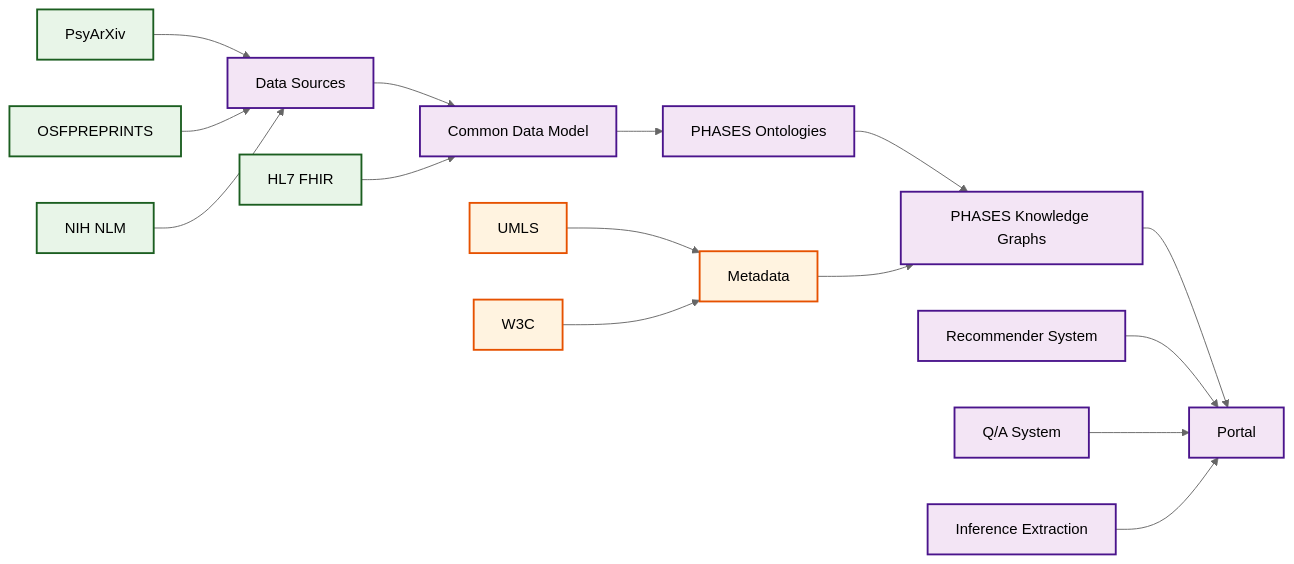
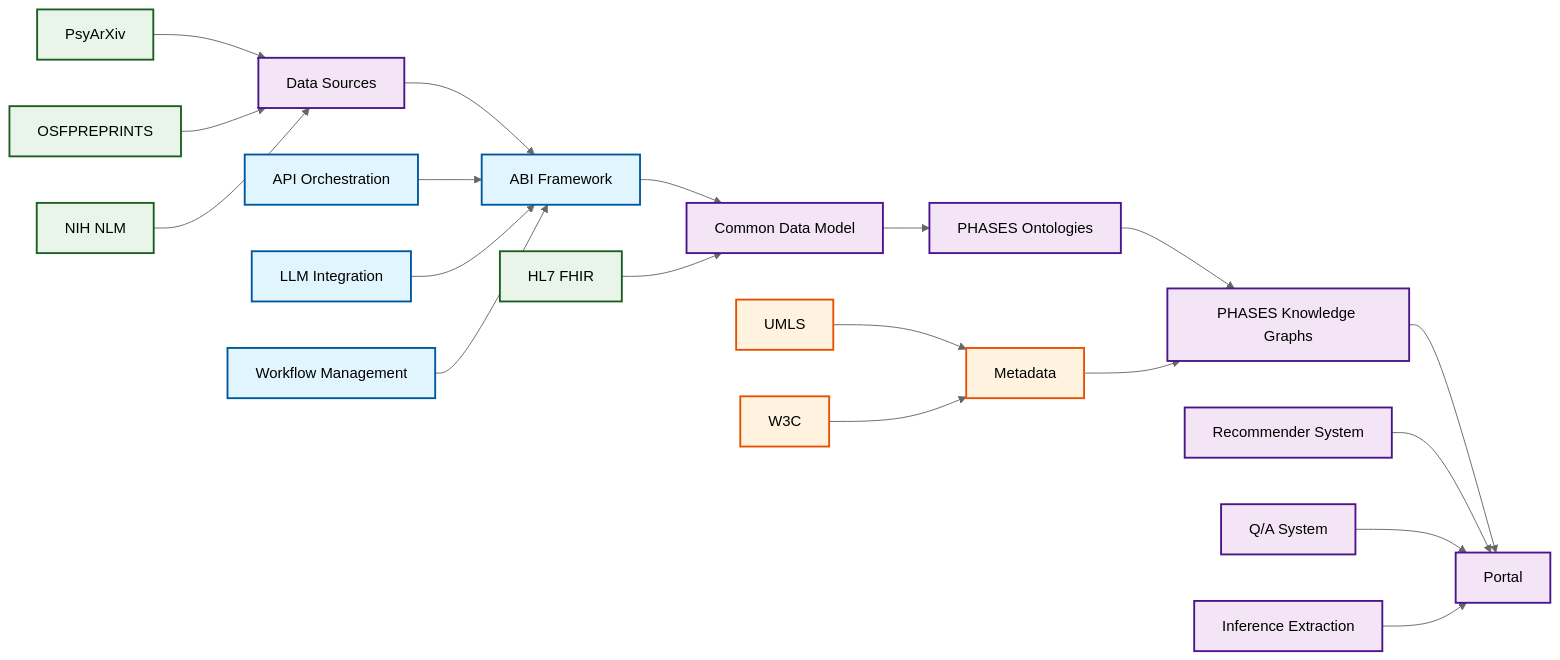
Before and after one commit to NCOR-Organization/HealthyPhases: the fourth of 4 diagrams in docs/resources/portal-development.md, drawn with Mermaid (neutral theme). The commit also changed other lines of this file, not shown here.

Commit message:
Clarify ABI Framework role in PHASES Ingestion Pipeline
- Position ABI Framework as central orchestration layer between data sources and processing
- Add ABI Framework components: API Orchestration, LLM Integration, Workflow Management
- Update Phase 4 diagram to show ABI orchestrating data ingestion and processing
- Add dedicated ABI Framework Role section explaining its central coordination function
- Show how ABI manages the flow from raw data sources through ontologies to knowledge graphs
- Clarify ABI's role in powering the final portal services (Recommender, Q/A, Inference)
- Use blue color coding for ABI components to distinguish from other system elements

````diff
--- a/docs/resources/portal-development.md
+++ b/docs/resources/portal-development.md
@@ -155,30 +165,37 @@
 ```mermaid
 flowchart LR
-    A[Data Sources] --> B[Common Data Model]
-    B --> C[PHASES Ontologies]
-    C --> D[PHASES Knowledge Graphs]
-    D --> E[Portal]
+    A[Data Sources] --> B[ABI Framework]
+    B --> C[Common Data Model]
+    C --> D[PHASES Ontologies]
+    D --> E[PHASES Knowledge Graphs]
+    E --> F[Portal]
     
-    F[Metadata] --> D
+    G[Metadata] --> E
     
     A1[PsyArXiv] --> A
     A2[OSFPREPRINTS] --> A
     A3[NIH NLM] --> A
     
-    B1[HL7 FHIR] --> B
+    B1[API Orchestration] --> B
+    B2[LLM Integration] --> B
+    B3[Workflow Management] --> B
     
-    F1[UMLS] --> F
-    F2[W3C] --> F
+    C1[HL7 FHIR] --> C
     
-    E1[Recommender System] --> E
-    E2[Q/A System] --> E
-    E3[Inference Extraction] --> E
+    G1[UMLS] --> G
+    G2[W3C] --> G
+    
+    F1[Recommender System] --> F
+    F2[Q/A System] --> F
+    F3[Inference Extraction] --> F
     
     classDef planned fill:#f3e5f5,stroke:#4a148c,stroke-width:2px
     classDef data fill:#e8f5e8,stroke:#1b5e20,stroke-width:2px
     classDef metadata fill:#fff3e0,stroke:#e65100,stroke-width:2px
+    classDef abi fill:#e1f5fe,stroke:#01579b,stroke-width:2px
     
-    class A,B,C,D,E,E1,E2,E3 planned
-    class A1,A2,A3,B1 data
-    class F,F1,F2 metadata
+    class A,C,D,E,F,F1,F2,F3 planned
+    class A1,A2,A3,C1 data
+    class G,G1,G2 metadata
+    class B,B1,B2,B3 abi
 ```
````
